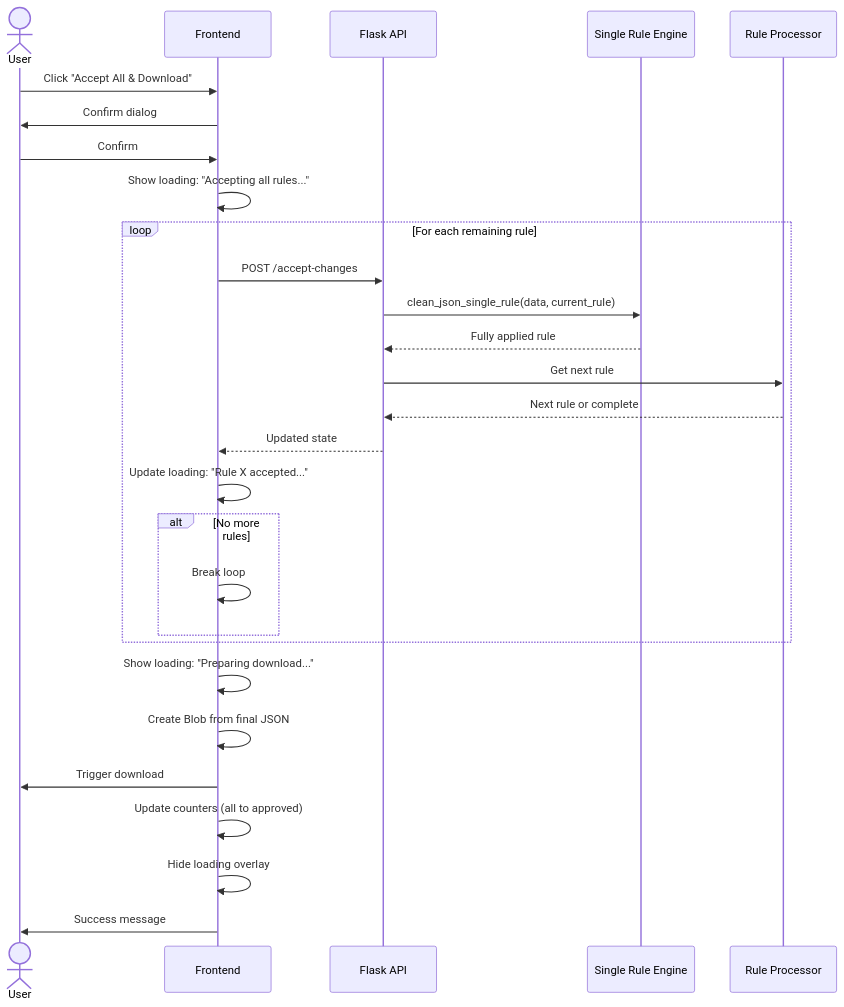
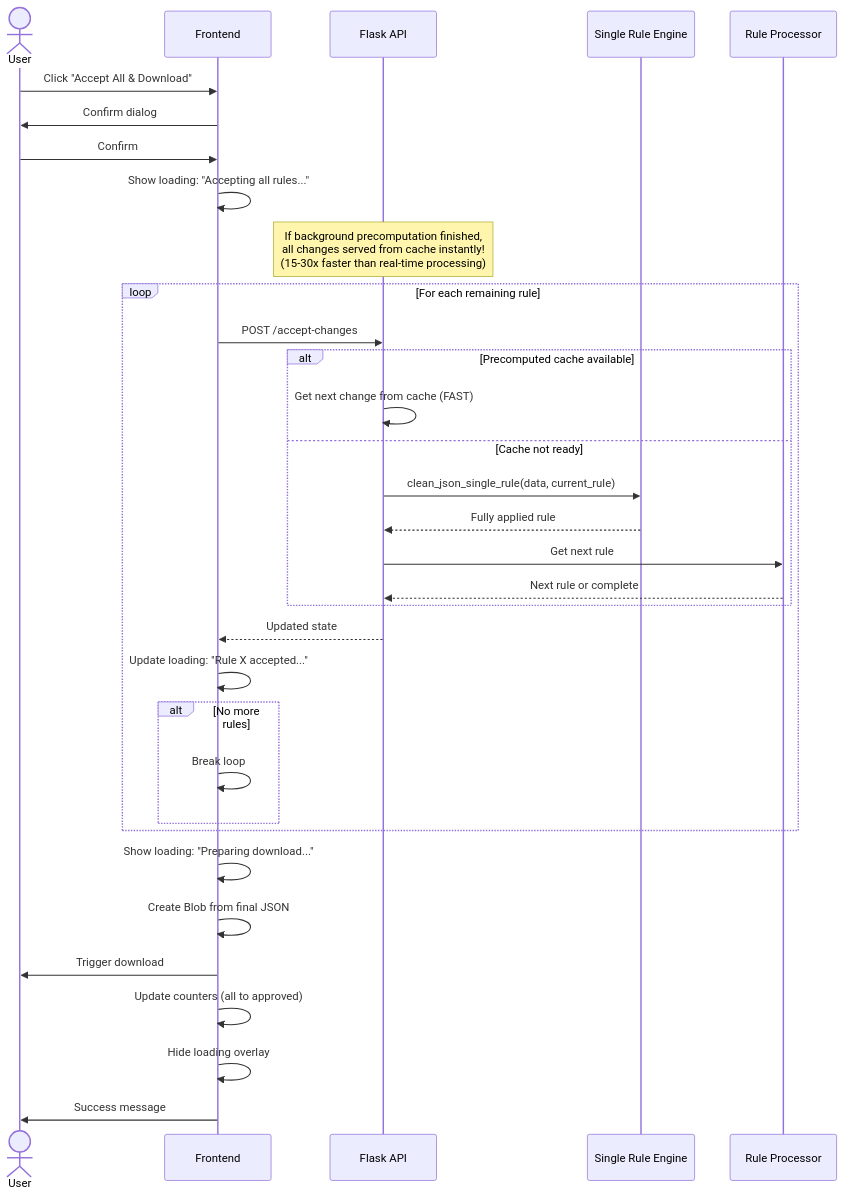
One commit to ErfanTagh/AASX-Sanity changed the fourth of 9 diagrams in SEQUENCE_DIAGRAM.md. Above: the diagram before and after it, drawn with Mermaid. The commit also changed other lines of this file and 5 other files, not shown here.

````diff
--- a/SEQUENCE_DIAGRAM.md
+++ b/SEQUENCE_DIAGRAM.md
@@ -84,34 +102,40 @@
 ```mermaid
 sequenceDiagram
     actor User
     participant Frontend
     participant API as Flask API
     participant SingleRule as Single Rule Engine
     participant RuleProcessor as Rule Processor
 
     User->>Frontend: Click "Accept All & Download"
     Frontend->>User: Confirm dialog
     User->>Frontend: Confirm
     Frontend->>Frontend: Show loading: "Accepting all rules..."
     
+    Note over API: If background precomputation finished,<br/>all changes served from cache instantly!<br/>(15-30x faster than real-time processing)
+    
     loop For each remaining rule
         Frontend->>API: POST /accept-changes
-        API->>SingleRule: clean_json_single_rule(data, current_rule)
-        SingleRule-->>API: Fully applied rule
-        API->>RuleProcessor: Get next rule
-        RuleProcessor-->>API: Next rule or complete
+        alt Precomputed cache available
+            API->>API: Get next change from cache (FAST)
+        else Cache not ready
+            API->>SingleRule: clean_json_single_rule(data, current_rule)
+            SingleRule-->>API: Fully applied rule
+            API->>RuleProcessor: Get next rule
+            RuleProcessor-->>API: Next rule or complete
+        end
         API-->>Frontend: Updated state
         Frontend->>Frontend: Update loading: "Rule X accepted..."
         
         alt No more rules
             Frontend->>Frontend: Break loop
         end
     end
     
     Frontend->>Frontend: Show loading: "Preparing download..."
     Frontend->>Frontend: Create Blob from final JSON
     Frontend->>User: Trigger download
     Frontend->>Frontend: Update counters (all to approved)
     Frontend->>Frontend: Hide loading overlay
     Frontend->>User: Success message
 ```
````
